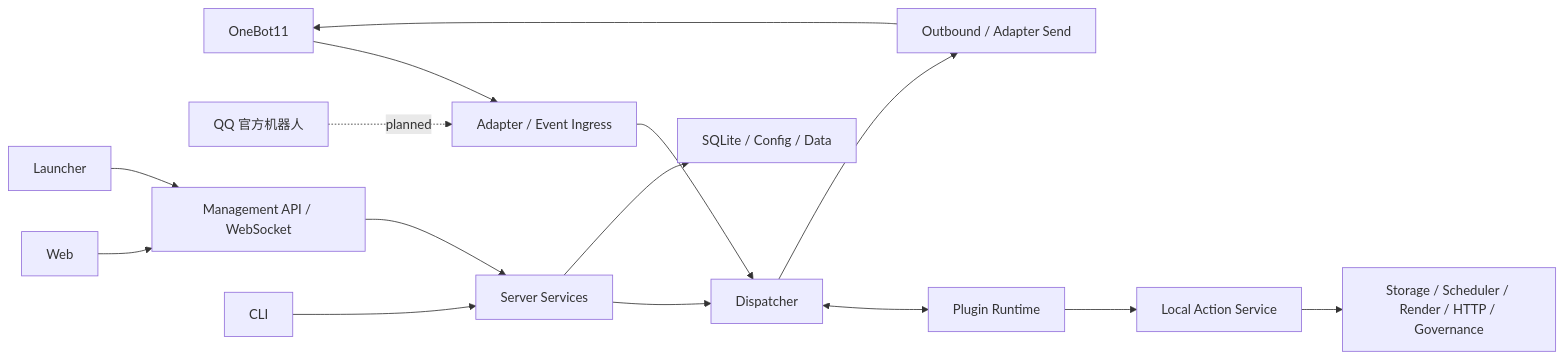
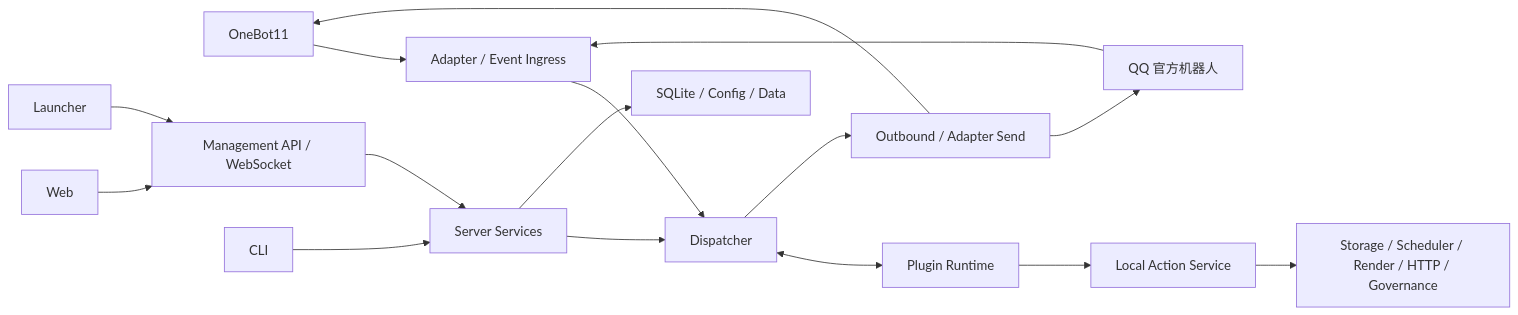
One commit to RayleaBot/RayleaBot changed the diagram in docs/RayleaBot机器人项目规划.md. Above: the diagram before and after it, drawn with Mermaid. The commit also changed other lines of this file and 37 other files, not shown here.

````diff
--- a/docs/RayleaBot机器人项目规划.md
+++ b/docs/RayleaBot机器人项目规划.md
@@ -54,18 +54,19 @@
 ```mermaid
 flowchart LR
     OB["OneBot11"] --> AD["Adapter / Event Ingress"]
-    QQ["QQ 官方机器人"] -.planned.-> AD
+    QQ["QQ 官方机器人"] --> AD
     AD --> DP["Dispatcher"]
     DP <--> RT["Plugin Runtime"]
     RT --> LA["Local Action Service"]
     LA --> CAP["Storage / Scheduler / Render / HTTP / Governance"]
     DP --> OUT["Outbound / Adapter Send"]
     OUT --> OB
+    OUT --> QQ
 
     WEB["Web"] --> API["Management API / WebSocket"]
     LCH["Launcher"] --> API
     CLI["CLI"] --> SRV["Server Services"]
     API --> SRV
     SRV --> DP
     SRV --> DB["SQLite / Config / Data"]
 ```
````
